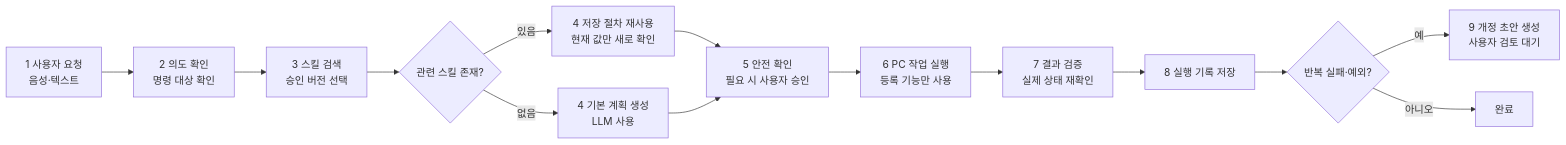
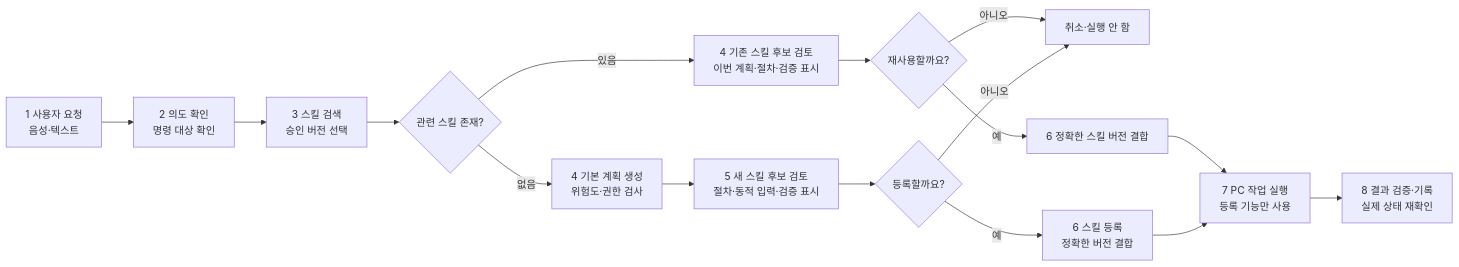
Before and after one commit to ChuNyongY/SKILLA: the diagram in docs/SKILLA_IMPLEMENTATION_FACTS.md, drawn with Mermaid. The commit also changed other lines of this file and 417 other files, not shown here.

````diff
--- a/docs/SKILLA_IMPLEMENTATION_FACTS.md
+++ b/docs/SKILLA_IMPLEMENTATION_FACTS.md
@@ -42,16 +48,18 @@
 ```mermaid
 flowchart LR
     A[1 사용자 요청<br/>음성·텍스트] --> B[2 의도 확인<br/>명령 대상 확인]
     B --> C[3 스킬 검색<br/>승인 버전 선택]
     C --> D{관련 스킬 존재?}
-    D -- 있음 --> E[4 저장 절차 재사용<br/>현재 값만 새로 확인]
-    D -- 없음 --> F[4 기본 계획 생성<br/>LLM 사용]
-    E --> G[5 안전 확인<br/>필요 시 사용자 승인]
-    F --> G
-    G --> H[6 PC 작업 실행<br/>등록 기능만 사용]
-    H --> I[7 결과 검증<br/>실제 상태 재확인]
-    I --> J[8 실행 기록 저장]
-    J --> K{반복 실패·예외?}
-    K -- 예 --> L[9 개정 초안 생성<br/>사용자 검토 대기]
-    K -- 아니오 --> M[완료]
+    D -- 있음 --> E[4 기존 스킬 후보 검토<br/>이번 계획·절차·검증 표시]
+    E --> F{재사용할까요?}
+    D -- 없음 --> G[4 기본 계획 생성<br/>위험도·권한 검사]
+    G --> H[5 새 스킬 후보 검토<br/>절차·동적 입력·검증 표시]
+    H --> I{등록할까요?}
+    F -- 아니오 --> N[취소·실행 안 함]
+    I -- 아니오 --> N
+    F -- 예 --> J[6 정확한 스킬 버전 결합]
+    I -- 예 --> K[6 스킬 등록<br/>정확한 버전 결합]
+    J --> L[7 PC 작업 실행<br/>등록 기능만 사용]
+    K --> L
+    L --> M[8 결과 검증·기록<br/>실제 상태 재확인]
 ```
````
